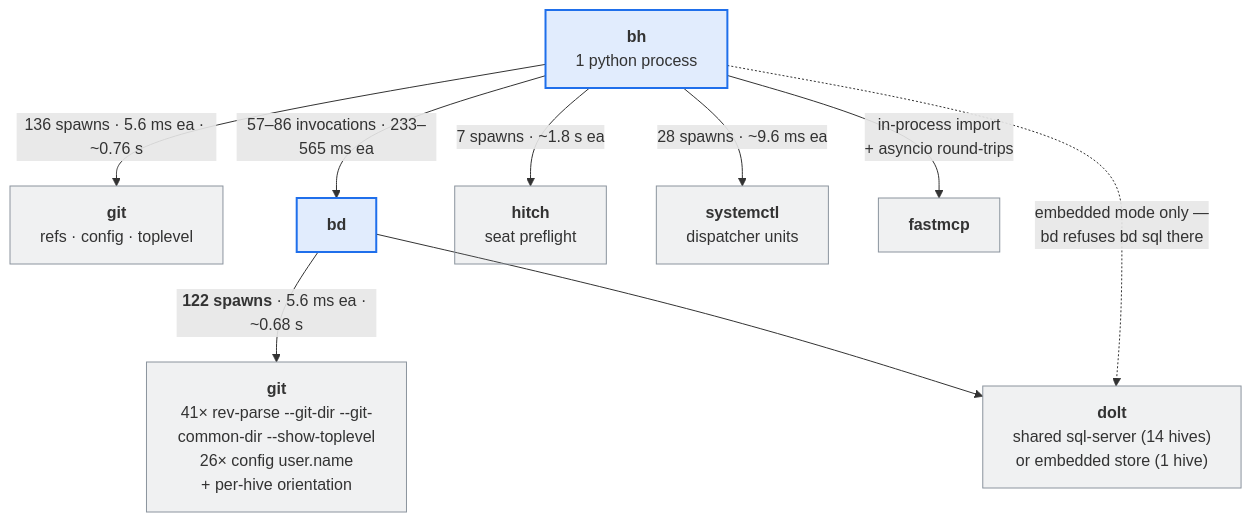
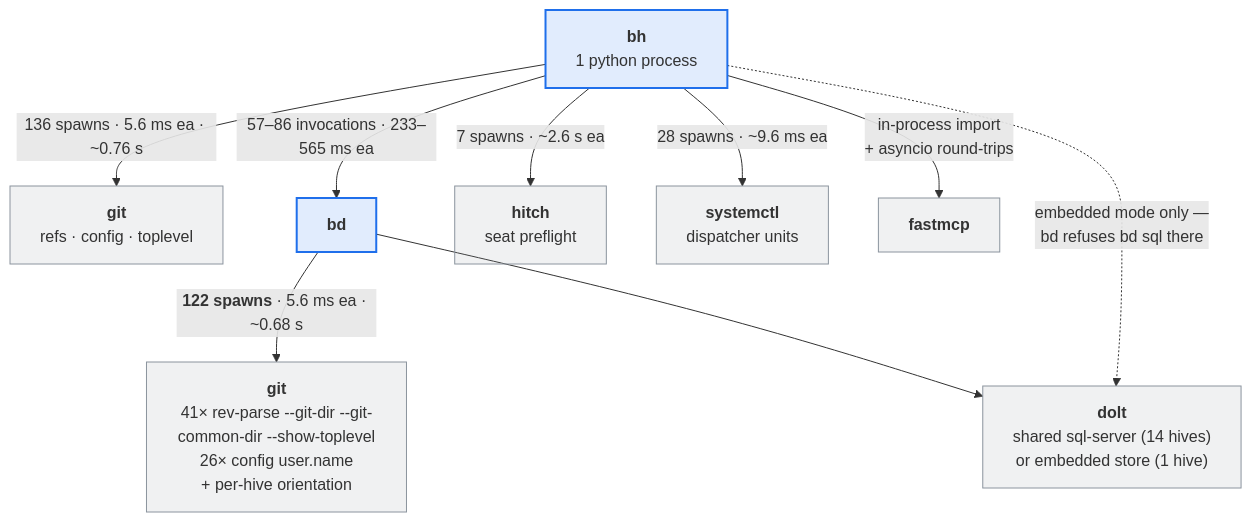
The first of 2 diagrams in docs/BH_DATA_PIPELINE.md (beadhive/beadhive), drawn with Mermaid before and after one commit. The commit also changed other lines of this file, not shown here.

First line of the commit message:
docs(pipeline): re-measure cold/warm after the agent-hitch upgrade

````diff
--- a/docs/BH_DATA_PIPELINE.md
+++ b/docs/BH_DATA_PIPELINE.md
@@ -26,19 +32,19 @@
 ```mermaid
 flowchart TD
     BH["<b>bh</b><br/>1 python process"]
 
     BH -->|"136 spawns · 5.6 ms ea · ~0.76 s"| GIT["<b>git</b><br/>refs · config · toplevel"]
     BH -->|"57–86 invocations · 233–565 ms ea"| BD["<b>bd</b>"]
-    BH -->|"7 spawns · ~1.8 s ea"| HITCH["<b>hitch</b><br/>seat preflight"]
+    BH -->|"7 spawns · ~2.6 s ea"| HITCH["<b>hitch</b><br/>seat preflight"]
     BH -->|"28 spawns · ~9.6 ms ea"| SYSD["<b>systemctl</b><br/>dispatcher units"]
     BH -->|"in-process import<br/>+ asyncio round-trips"| MCP["<b>fastmcp</b>"]
 
     BD -->|"<b>122 spawns</b> · 5.6 ms ea · ~0.68 s"| GIT2["<b>git</b><br/>41× rev-parse --git-dir --git-common-dir --show-toplevel<br/>26× config user.name<br/>+ per-hive orientation"]
     BD --> DOLT["<b>dolt</b><br/>shared sql-server (14 hives)<br/>or embedded store (1 hive)"]
     BH -.->|"embedded mode only —<br/>bd refuses bd sql there"| DOLT
 
     classDef ours fill:#1f6feb22,stroke:#1f6feb,stroke-width:2px
     classDef theirs fill:#8b949e22,stroke:#8b949e
     class BH,BD ours
     class GIT,GIT2,DOLT,HITCH,SYSD,MCP theirs
 ```
````
